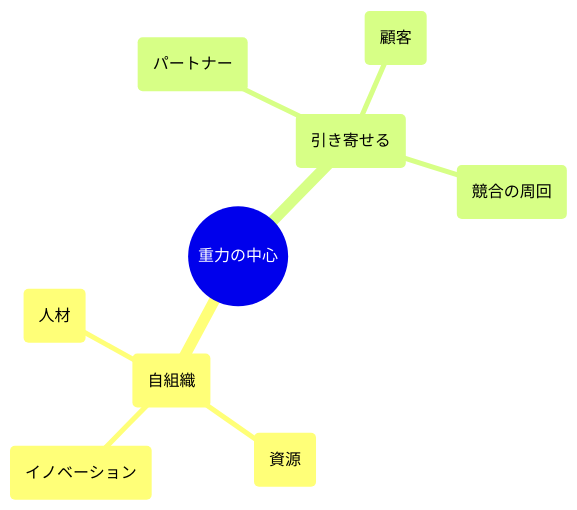
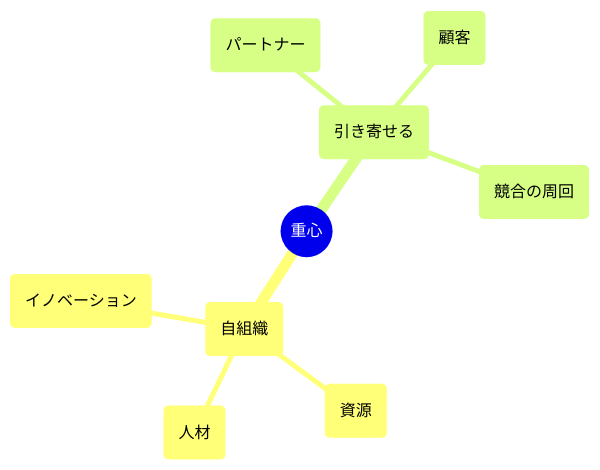
One commit to wardley-leadership-strategies-ja/wardley-leadership-strategies-ja.github.io changed the diagram in docs/strategies/attacking/centre-of-gravity/index.md. Above: the diagram before and after it, drawn with Mermaid. The commit also changed other lines of this file and 12 other files, not shown here.

````diff
--- a/docs/strategies/attacking/centre-of-gravity/index.md
+++ b/docs/strategies/attacking/centre-of-gravity/index.md
@@ -67,12 +67,12 @@
 ```mermaid
 mindmap
-  root((重力の中心))
+  root((重心))
     (自組織)
       (人材)
       (資源)
       (イノベーション)
     (引き寄せる)
       (パートナー)
       (顧客)
       (競合の周回)
 ```
````
